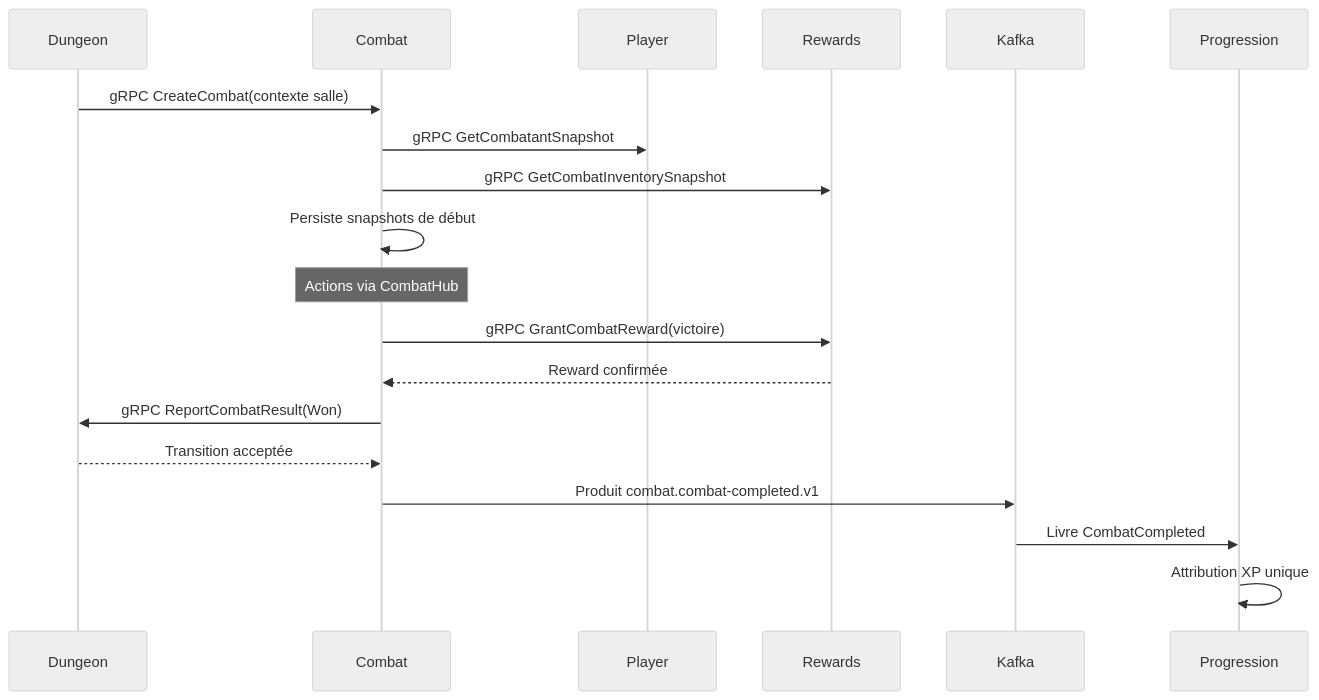
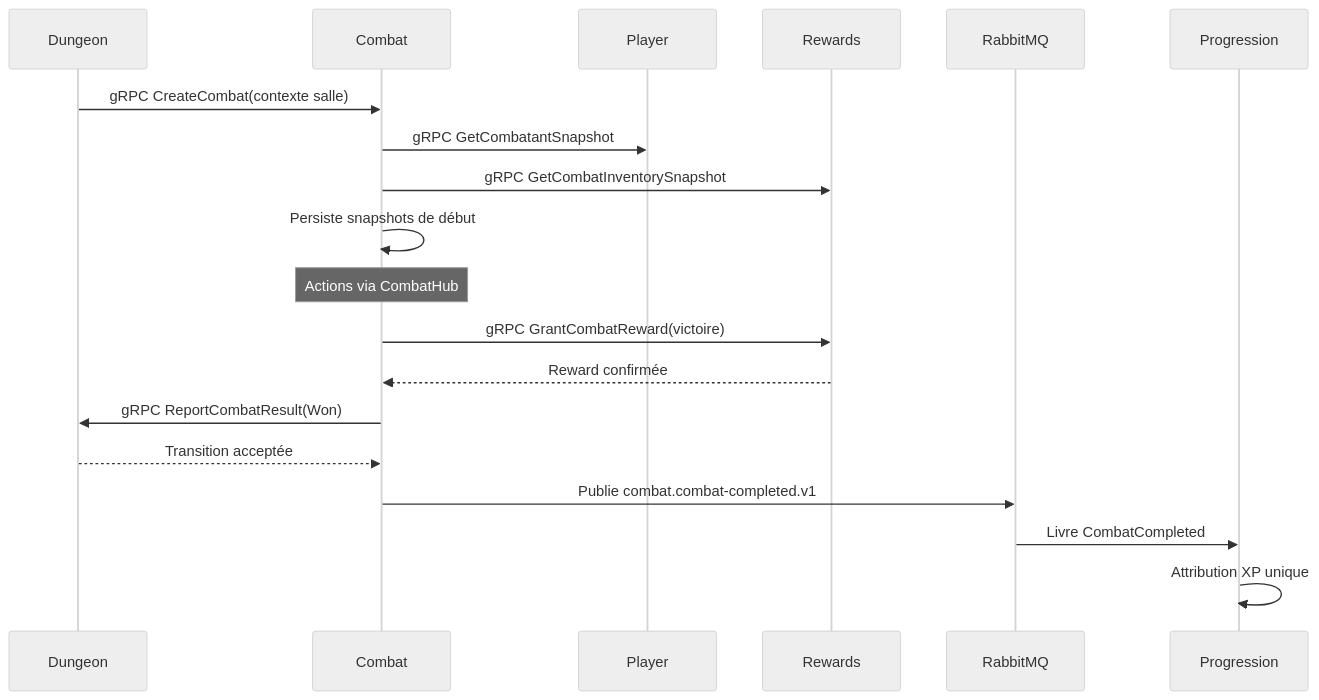
One commit to ProjectLanternDI3P1P2/combat-backend changed the fifth of 6 diagrams in docs/architecture/ARCHITECTURE_DES_COMMUNICATIONS_MICROSERVICES.fr.md. Above: the diagram before and after it, drawn with Mermaid (neutral theme). The commit also changed other lines of this file and 13 other files, not shown here.

````diff
--- a/docs/architecture/ARCHITECTURE_DES_COMMUNICATIONS_MICROSERVICES.fr.md
+++ b/docs/architecture/ARCHITECTURE_DES_COMMUNICATIONS_MICROSERVICES.fr.md
@@ -183,21 +185,21 @@
 ```mermaid
 sequenceDiagram
   participant D as Dungeon
   participant C as Combat
   participant P as Player
   participant R as Rewards
-  participant K as Kafka
+  participant M as RabbitMQ
   participant X as Progression
   D->>C: gRPC CreateCombat(contexte salle)
   C->>P: gRPC GetCombatantSnapshot
   C->>R: gRPC GetCombatInventorySnapshot
   C->>C: Persiste snapshots de début
   Note over C: Actions via CombatHub
   C->>R: gRPC GrantCombatReward(victoire)
   R-->>C: Reward confirmée
   C->>D: gRPC ReportCombatResult(Won)
   D-->>C: Transition acceptée
-  C->>K: Produit combat.combat-completed.v1
-  K->>X: Livre CombatCompleted
+  C->>M: Publie combat.combat-completed.v1
+  M->>X: Livre CombatCompleted
   X->>X: Attribution XP unique
 ```
````
